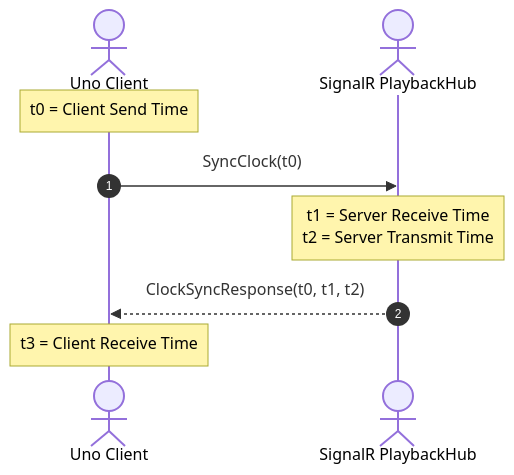
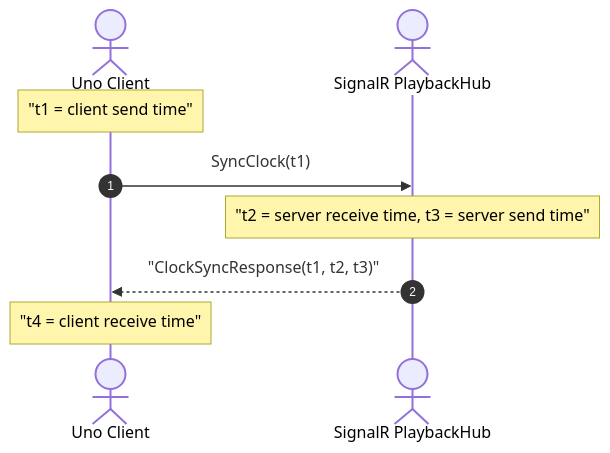
Before and after one commit to jav76/Cantus: the first of 2 diagrams in docs/architecture/ntp-clock-sync.md, drawn with Mermaid. The commit also changed other lines of this file and 8 other files, not shown here.

Commit message:
docs: correct architecture, theming and contributing pages against the code

````diff
--- a/docs/architecture/ntp-clock-sync.md
+++ b/docs/architecture/ntp-clock-sync.md
@@ -21,12 +21,12 @@
 ```mermaid
 sequenceDiagram
     autonumber
     actor Client as Uno Client
     actor Server as SignalR PlaybackHub
 
-    Note over Client: t0 = Client Send Time
-    Client->>Server: SyncClock(t0)
-    Note over Server: t1 = Server Receive Time<br/>t2 = Server Transmit Time
-    Server-->>Client: ClockSyncResponse(t0, t1, t2)
-    Note over Client: t3 = Client Receive Time
+    Note over Client: "t1 = client send time"
+    Client->>Server: SyncClock(t1)
+    Note over Server: "t2 = server receive time, t3 = server send time"
+    Server-->>Client: "ClockSyncResponse(t1, t2, t3)"
+    Note over Client: "t4 = client receive time"
 ```
````
